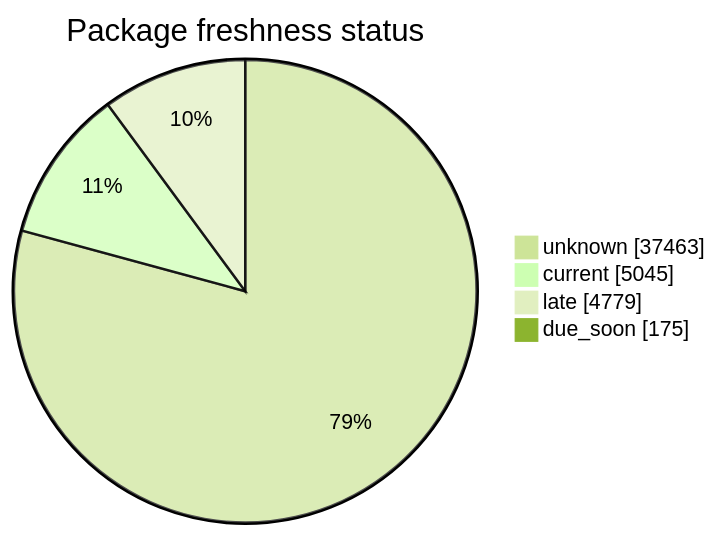
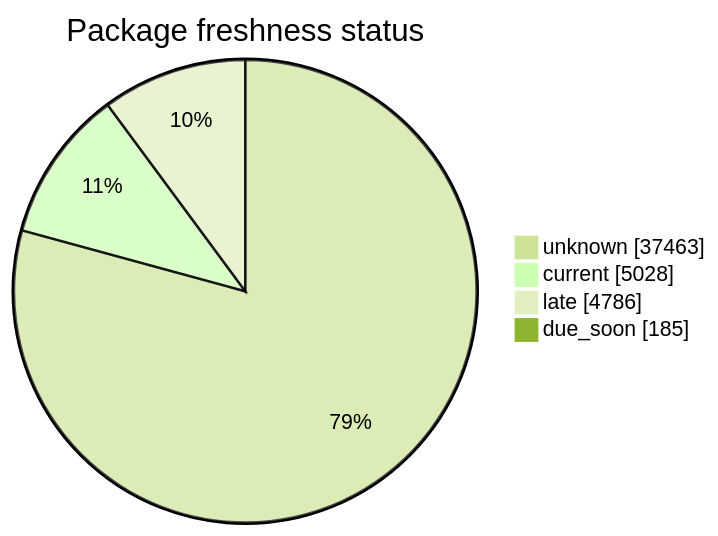
The second of 5 diagrams in FreshCheck/README.md (open-data/analytics-corporate-reporting), drawn with Mermaid (forest theme) before and after one commit. The commit also changed other lines of this file and 3 other files, not shown here.

````diff
--- a/FreshCheck/README.md
+++ b/FreshCheck/README.md
@@ -69,7 +69,7 @@
 ```mermaid
 pie showData title Package freshness status
     "unknown": 37463
-    "current": 5045
-    "late": 4779
-    "due_soon": 175
+    "current": 5028
+    "late": 4786
+    "due_soon": 185
 ```
````
